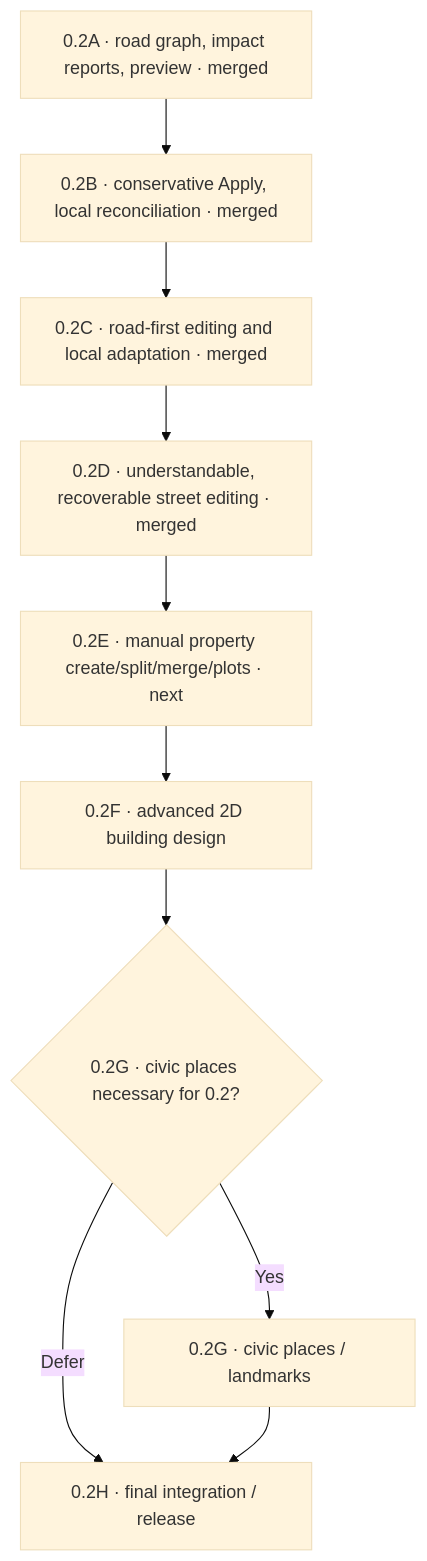
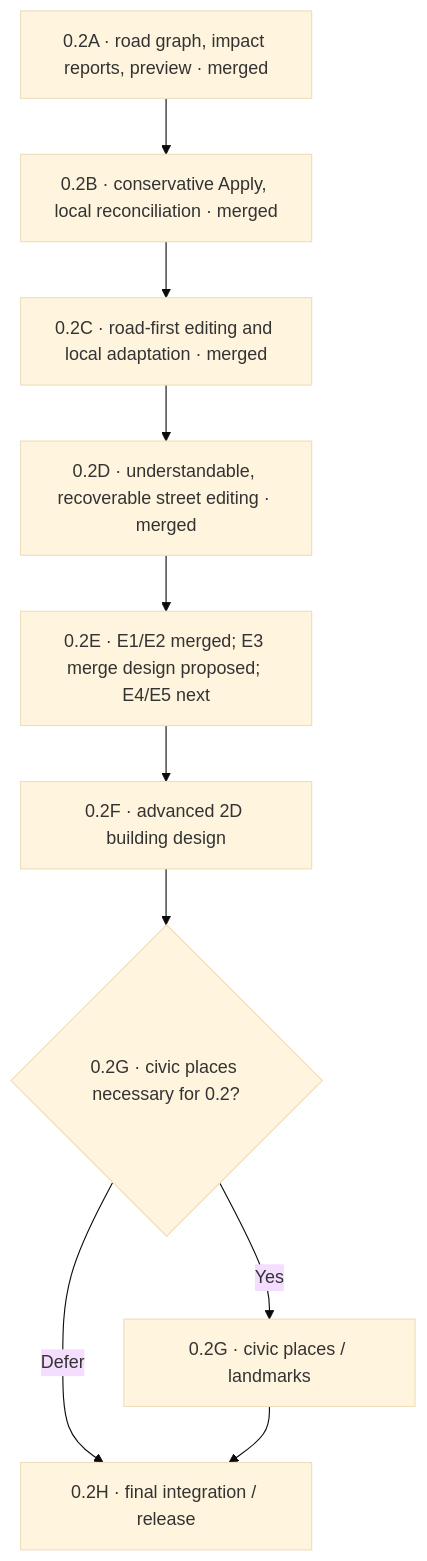
Before and after one commit to xbwtyz/Mappo: the diagram in docs/plans/0.2/README.md, drawn with Mermaid (base theme). The commit also changed other lines of this file, not shown here.

Commit message:
docs(e3): link proposed merge design and reflect E2 completion

````diff
--- a/docs/plans/0.2/README.md
+++ b/docs/plans/0.2/README.md
@@ -15,12 +15,12 @@
 ```mermaid
 flowchart TD
   A["0.2A · road graph, impact reports, preview · merged"] --> B["0.2B · conservative Apply, local reconciliation · merged"]
   B --> C["0.2C · road-first editing and local adaptation · merged"]
   C --> D["0.2D · understandable, recoverable street editing · merged"]
-  D --> E["0.2E · manual property create/split/merge/plots · next"]
+  D --> E["0.2E · E1/E2 merged; E3 merge design proposed; E4/E5 next"]
   E --> F["0.2F · advanced 2D building design"]
   F --> G{"0.2G · civic places necessary for 0.2?"}
   G -->|Yes| G1["0.2G · civic places / landmarks"]
   G -->|Defer| H["0.2H · final integration / release"]
   G1 --> H
 ```
````
